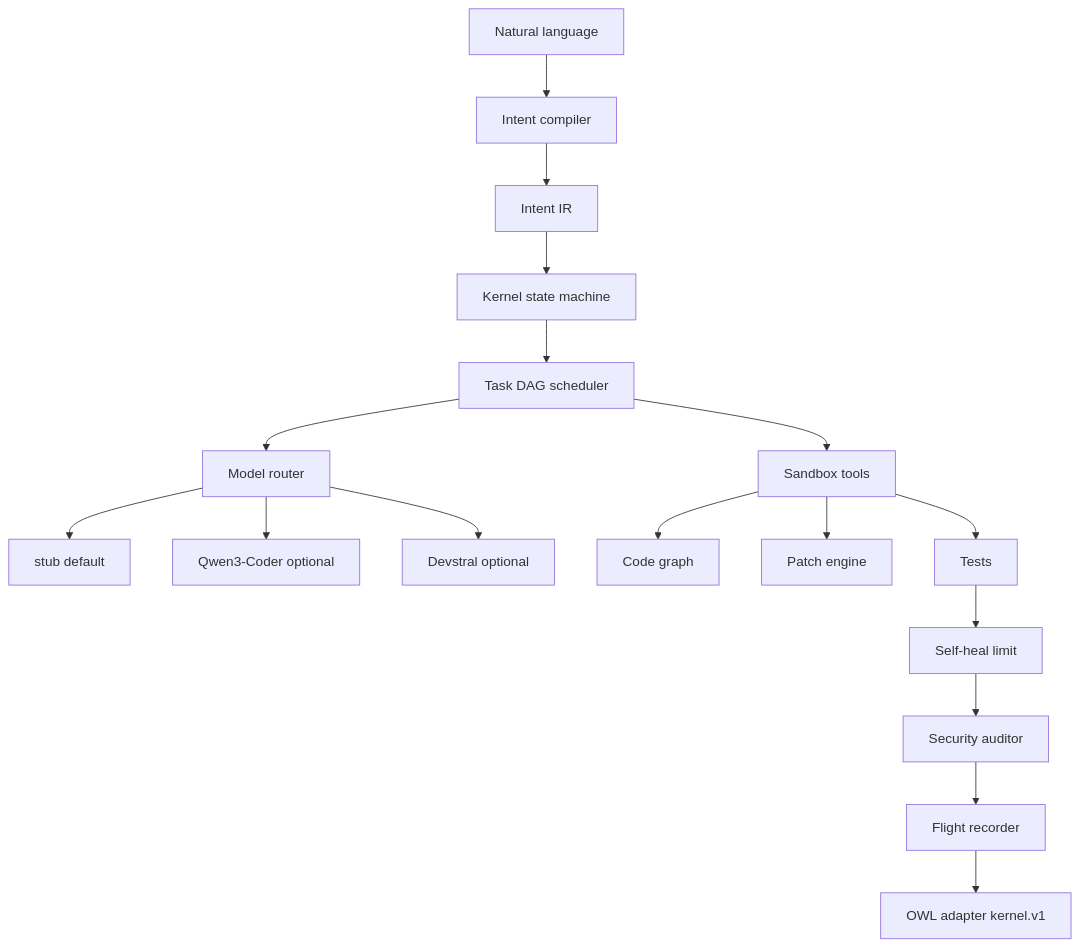
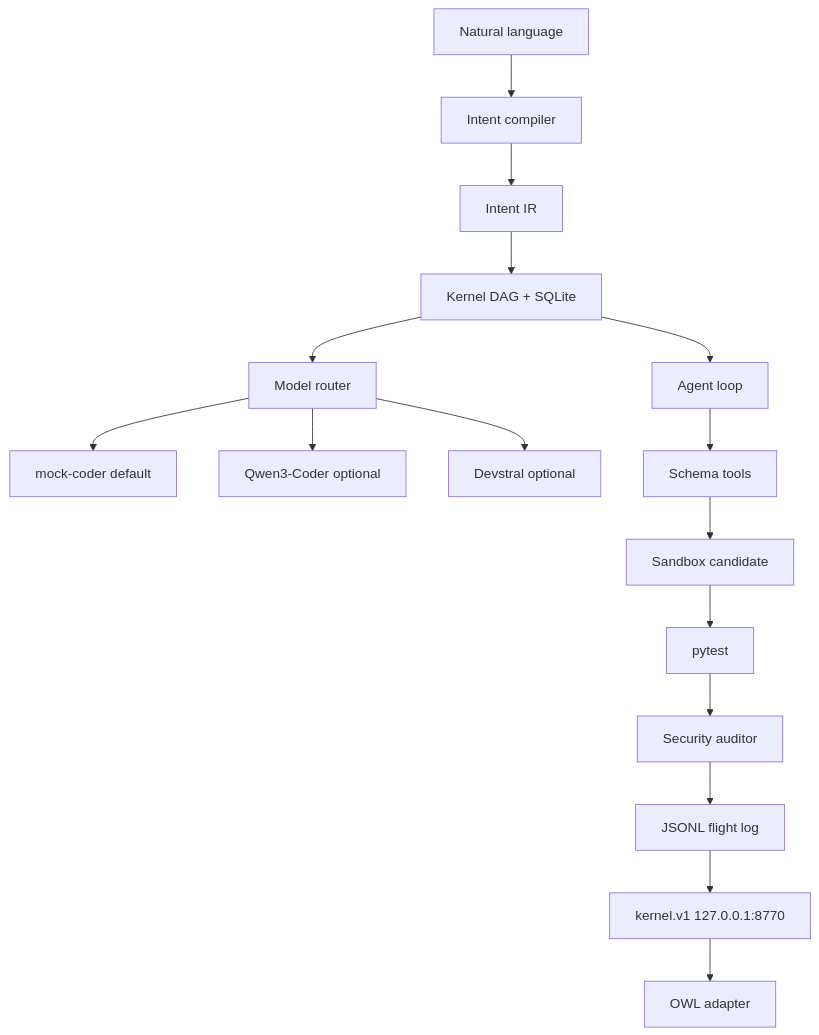
The diagram in docs/ARCHITECTURE.md (thakurpragyan75-collab/owl-cognitive-kernel), drawn with Mermaid before and after one commit. The commit also changed other lines of this file and 36 other files, not shown here.

First line of the commit message:
Finish the execution kernel: real tool loop, isolated candidates, HTTP protocol.

````diff
--- a/docs/ARCHITECTURE.md
+++ b/docs/ARCHITECTURE.md
@@ -3,19 +3,18 @@
 ```mermaid
 flowchart TD
   NL[Natural language] --> C[Intent compiler]
   C --> IR[Intent IR]
-  IR --> K[Kernel state machine]
-  K --> DAG[Task DAG scheduler]
-  DAG --> R[Model router]
-  R --> Stub[stub default]
+  IR --> K[Kernel DAG + SQLite]
+  K --> R[Model router]
+  R --> Mock[mock-coder default]
   R --> Qwen[Qwen3-Coder optional]
   R --> Dev[Devstral optional]
-  DAG --> S[Sandbox tools]
-  S --> CG[Code graph]
-  S --> P[Patch engine]
-  S --> T[Tests]
-  T --> H[Self-heal limit]
-  H --> SEC[Security auditor]
-  SEC --> REC[Flight recorder]
-  REC --> OWL[OWL adapter kernel.v1]
+  K --> Loop[Agent loop]
+  Loop --> Tools[Schema tools]
+  Tools --> SB[Sandbox candidate]
+  SB --> T[pytest]
+  T --> SEC[Security auditor]
+  SEC --> Rec[JSONL flight log]
+  Rec --> HTTP[kernel.v1 127.0.0.1:8770]
+  HTTP --> OWL[OWL adapter]
 ```
````
